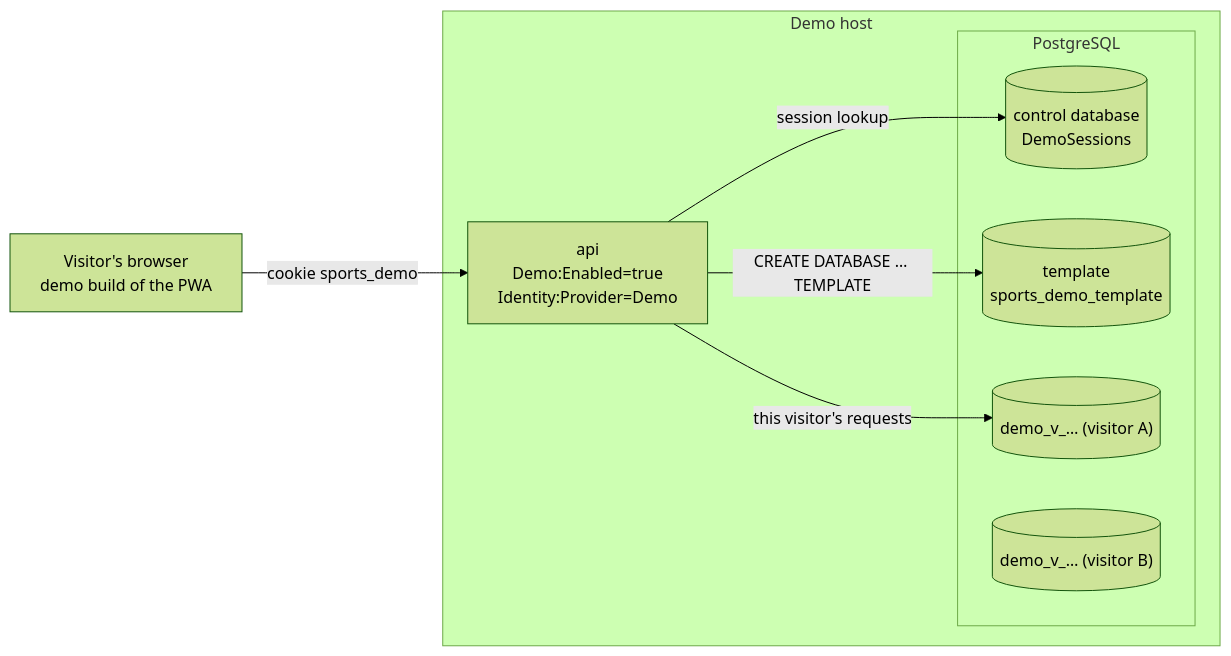
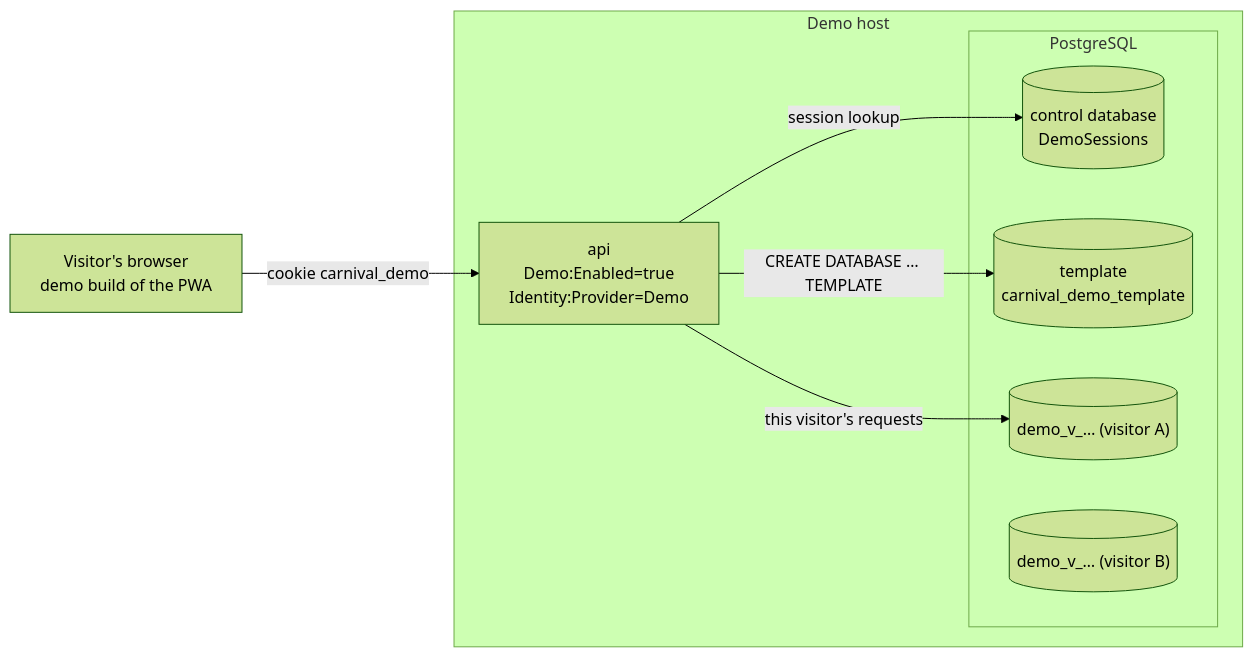
The diagram in docs/architecture/demo-mode.md (jcuzzz/carnival-app), drawn with Mermaid (forest theme) before and after one commit. The commit also changed other lines of this file and 152 other files, not shown here.

First line of the commit message:
Runtime identifiers take the Carnival App name: no install exists yet, so the sports prefix goes

````diff
--- a/docs/architecture/demo-mode.md
+++ b/docs/architecture/demo-mode.md
@@ -9,17 +9,17 @@
 ```mermaid
 flowchart LR
   V["Visitor's browser<br/>demo build of the PWA"]
   subgraph Host["Demo host"]
     API["api<br/>Demo:Enabled=true<br/>Identity:Provider=Demo"]
     subgraph PG["PostgreSQL"]
       C[("control database<br/>DemoSessions")]
-      T[("template<br/>sports_demo_template")]
+      T[("template<br/>carnival_demo_template")]
       D1[("demo_v_… (visitor A)")]
       D2[("demo_v_… (visitor B)")]
     end
   end
-  V -- "cookie sports_demo" --> API
+  V -- "cookie carnival_demo" --> API
   API -- "session lookup" --> C
   API -- "CREATE DATABASE … TEMPLATE" --> T
   API -- "this visitor's requests" --> D1
 ```
````
